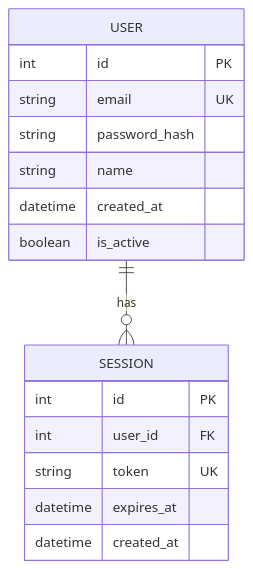
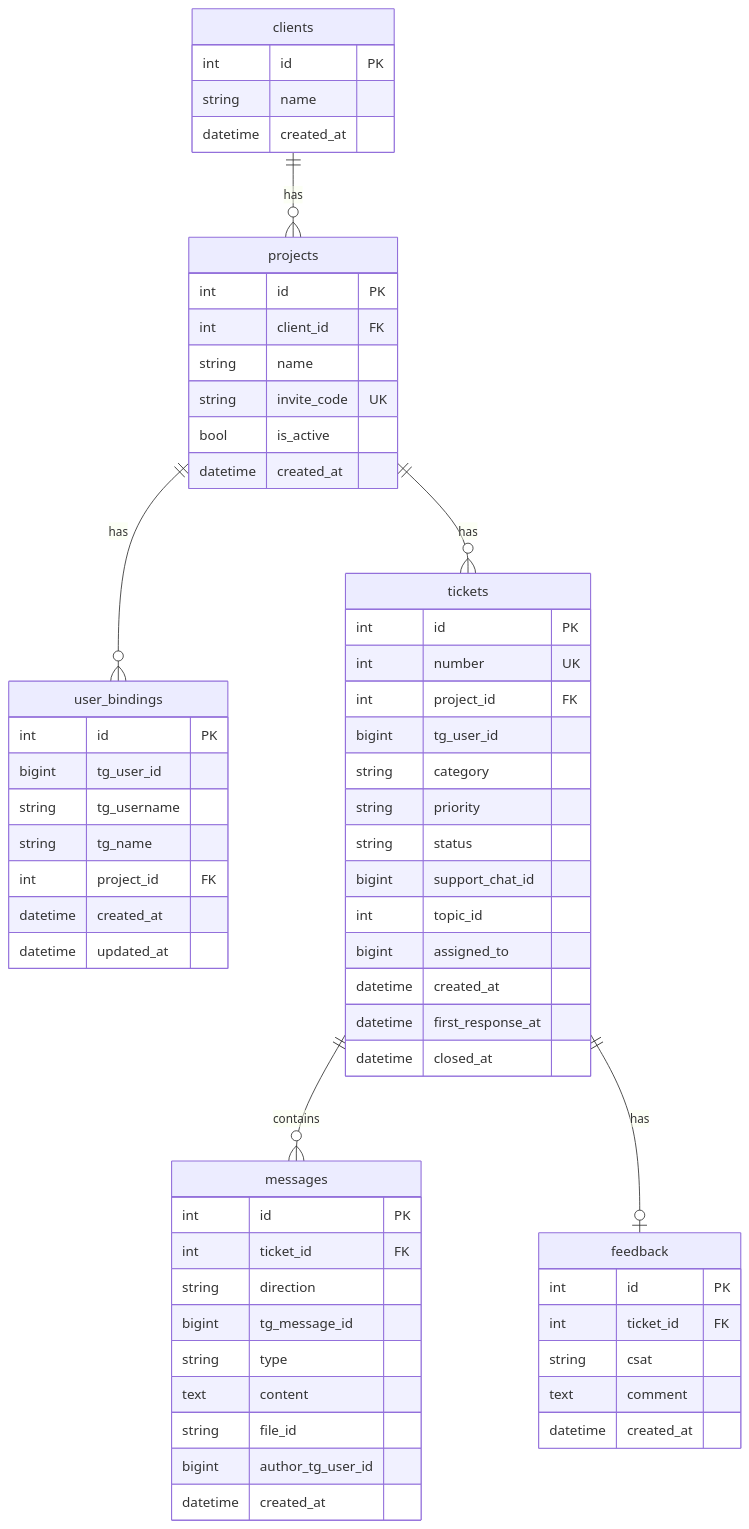
Before and after one commit to valeriabolshaeva-ux/nakama-support-bot: the seventh of 8 diagrams in docs/architecture.md, drawn with Mermaid. The commit also changed other lines of this file and 82 other files, not shown here.

````diff
--- a/docs/architecture.md
+++ b/docs/architecture.md
@@ -140,19 +203,69 @@
 ```mermaid
 erDiagram
-    USER ||--o{ SESSION : has
-    USER {
+    clients ||--o{ projects : has
+    projects ||--o{ user_bindings : has
+    projects ||--o{ tickets : has
+    tickets ||--o{ messages : contains
+    tickets ||--o| feedback : has
+    
+    clients {
         int id PK
-        string email UK
-        string password_hash
         string name
         datetime created_at
-        boolean is_active
     }
-    SESSION {
+    
+    projects {
         int id PK
-        int user_id FK
-        string token UK
-        datetime expires_at
+        int client_id FK
+        string name
+        string invite_code UK
+        bool is_active
+        datetime created_at
+    }
+    
+    user_bindings {
+        int id PK
+        bigint tg_user_id
+        string tg_username
+        string tg_name
+        int project_id FK
+        datetime created_at
+        datetime updated_at
+    }
+    
+    tickets {
+        int id PK
+        int number UK
+        int project_id FK
+        bigint tg_user_id
+        string category
+        string priority
+        string status
+        bigint support_chat_id
+        int topic_id
+        bigint assigned_to
+        datetime created_at
+        datetime first_response_at
+        datetime closed_at
+    }
+    
+    messages {
+        int id PK
+        int ticket_id FK
+        string direction
+        bigint tg_message_id
+        string type
+        text content
+        string file_id
+        bigint author_tg_user_id
+        datetime created_at
+    }
+    
+    feedback {
+        int id PK
+        int ticket_id FK
+        string csat
+        text comment
         datetime created_at
     }
 ```
````
